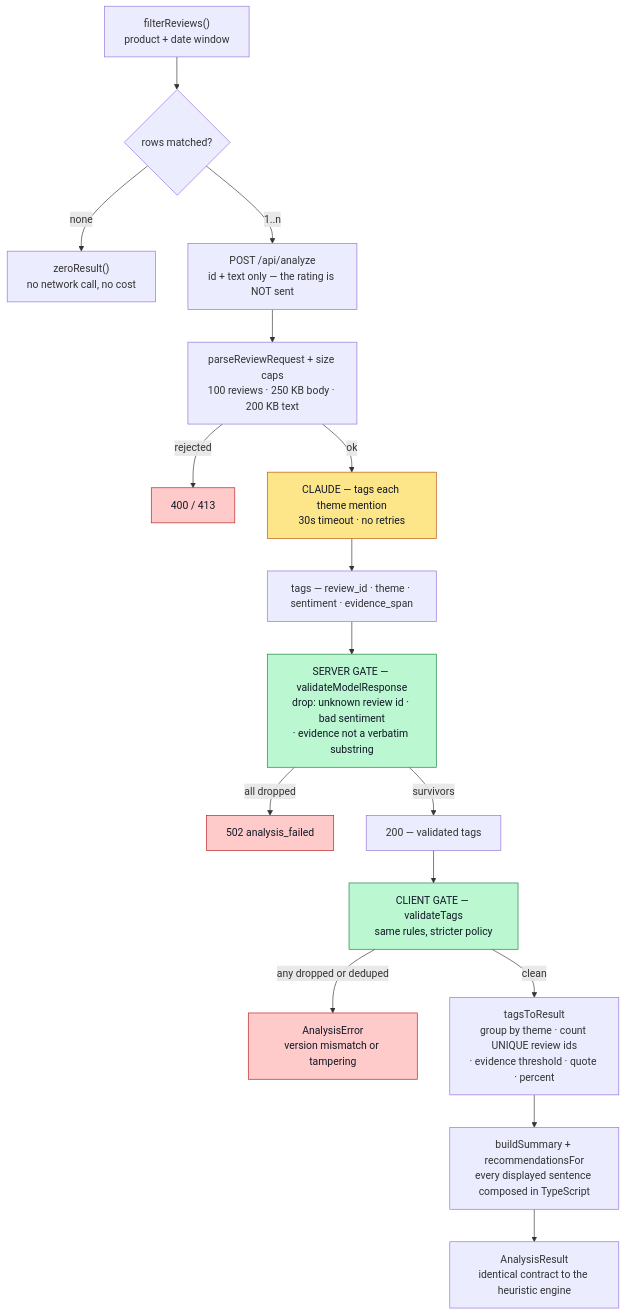
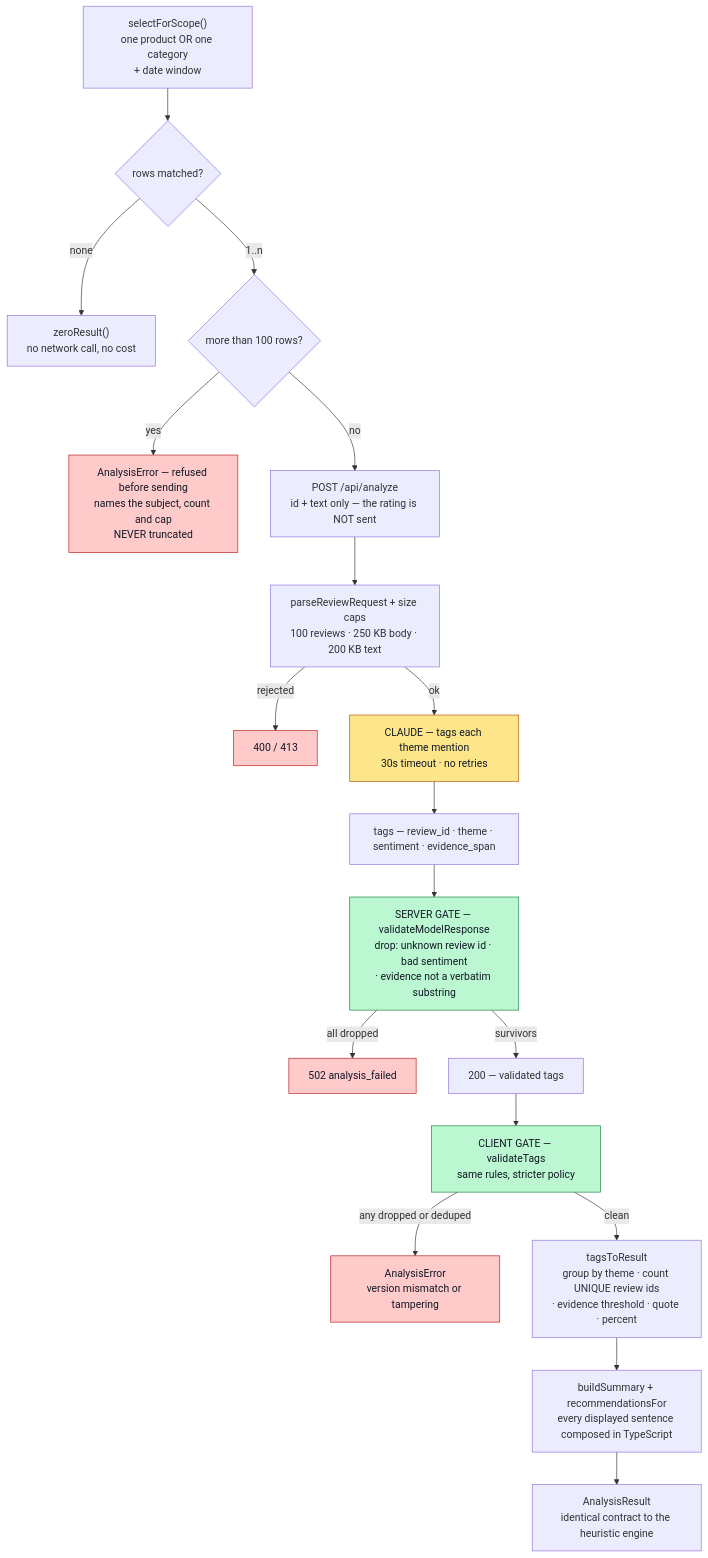
One commit to Amina-Moufakkir/ReviewIQ changed the diagram in README.md. Above: the diagram before and after it, drawn with Mermaid. The commit also changed other lines of this file and 2 other files, not shown here.

````diff
--- a/README.md
+++ b/README.md
@@ -328,30 +376,32 @@
 ```mermaid
 flowchart TD
-    A["filterReviews()<br/>product + date window"] --> B{"rows matched?"}
+    A["selectForScope()<br/>one product OR one category<br/>+ date window"] --> B{"rows matched?"}
     B -- none --> Z["zeroResult()<br/>no network call, no cost"]
-    B -- "1..n" --> REQ["POST /api/analyze<br/>id + text only — the rating is NOT sent"]
+    B -- "1..n" --> CAP{"more than 100 rows?"}
+    CAP -- yes --> E0["AnalysisError — refused before sending<br/>names the subject, count and cap<br/>NEVER truncated"]
+    CAP -- no --> REQ["POST /api/analyze<br/>id + text only — the rating is NOT sent"]
 
     REQ --> V["parseReviewRequest + size caps<br/>100 reviews · 250 KB body · 200 KB text"]
     V -- rejected --> E1["400 / 413"]
     V -- ok --> M["CLAUDE — tags each theme mention<br/>30s timeout · no retries"]
 
     M --> RAW["tags — review_id · theme · sentiment · evidence_span"]
 
     RAW --> G1["SERVER GATE — validateModelResponse<br/>drop: unknown review id · bad sentiment<br/>· evidence not a verbatim substring"]
     G1 -- "all dropped" --> E2["502 analysis_failed"]
     G1 -- survivors --> RESP["200 — validated tags"]
 
     RESP --> G2["CLIENT GATE — validateTags<br/>same rules, stricter policy"]
     G2 -- "any dropped or deduped" --> E3["AnalysisError<br/>version mismatch or tampering"]
     G2 -- clean --> T["tagsToResult<br/>group by theme · count UNIQUE review ids<br/>· evidence threshold · quote · percent"]
 
     T --> S["buildSummary + recommendationsFor<br/>every displayed sentence composed in TypeScript"]
     S --> OUT["AnalysisResult<br/>identical contract to the heuristic engine"]
 
     classDef nd fill:#fde68a,stroke:#b45309,color:#111827
     classDef gate fill:#bbf7d0,stroke:#15803d,color:#111827
     classDef err fill:#fecaca,stroke:#b91c1c,color:#111827
     class M nd
     class G1,G2 gate
-    class E1,E2,E3 err
+    class E0,E1,E2,E3 err
 ```
````
